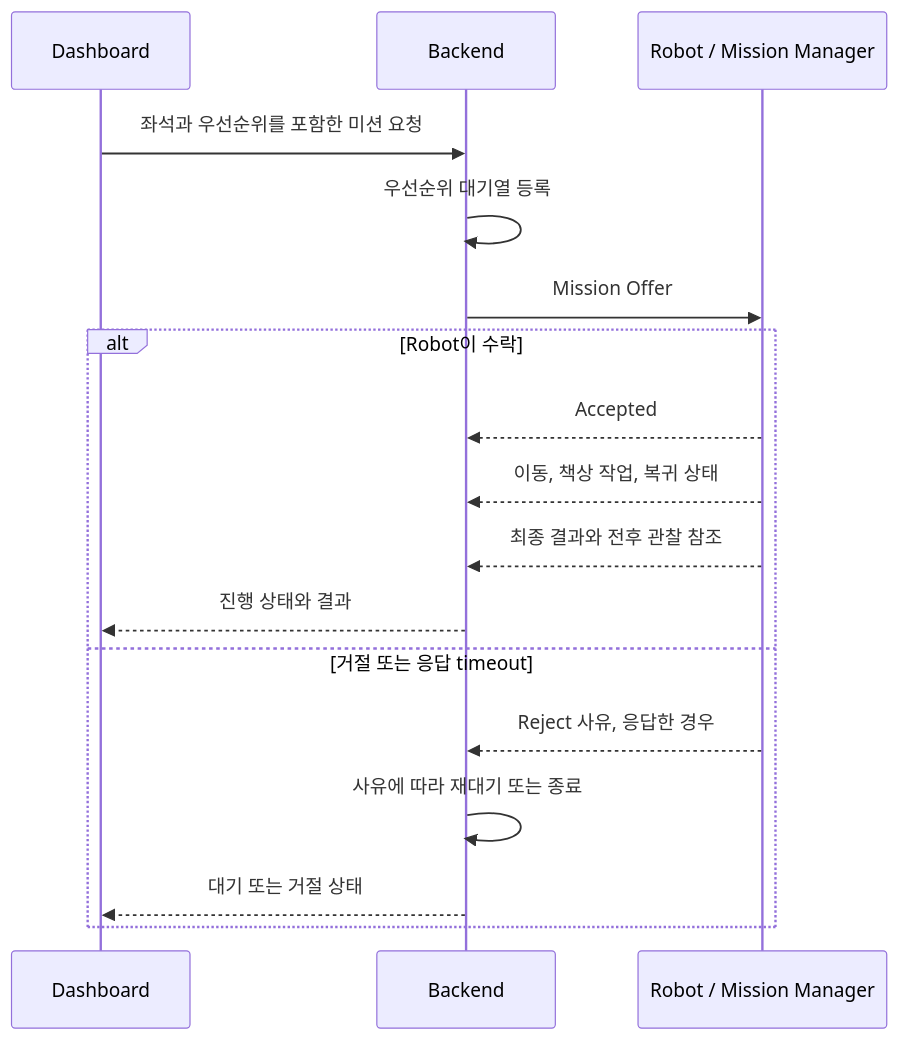
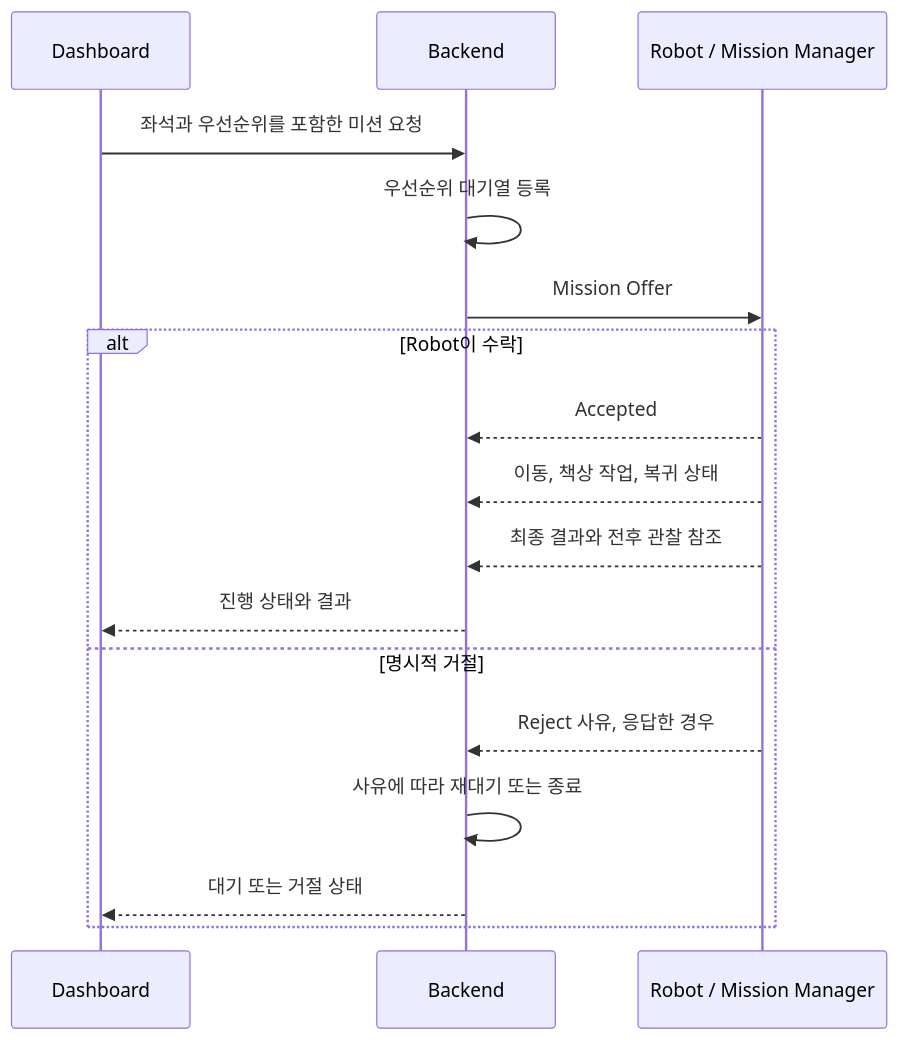
One commit to asm17-moving-agent/cleany-docs changed the diagram in 20_TECHNICAL/02 - Robot Operations and Mission Dispatch.md. Above: the diagram before and after it, drawn with Mermaid. The commit also changed other lines of this file and 21 other files, not shown here.

````diff
--- a/20_TECHNICAL/02 - Robot Operations and Mission Dispatch.md
+++ b/20_TECHNICAL/02 - Robot Operations and Mission Dispatch.md
@@ -42,21 +42,21 @@
 ```mermaid
 sequenceDiagram
     participant Dashboard
     participant Backend
     participant Robot as Robot / Mission Manager
 
     Dashboard->>Backend: 좌석과 우선순위를 포함한 미션 요청
     Backend->>Backend: 우선순위 대기열 등록
     Backend->>Robot: Mission Offer
 
     alt Robot이 수락
         Robot-->>Backend: Accepted
         Robot-->>Backend: 이동, 책상 작업, 복귀 상태
         Robot-->>Backend: 최종 결과와 전후 관찰 참조
         Backend-->>Dashboard: 진행 상태와 결과
-    else 거절 또는 응답 timeout
+    else 명시적 거절
         Robot-->>Backend: Reject 사유, 응답한 경우
         Backend->>Backend: 사유에 따라 재대기 또는 종료
         Backend-->>Dashboard: 대기 또는 거절 상태
     end
 ```
````
